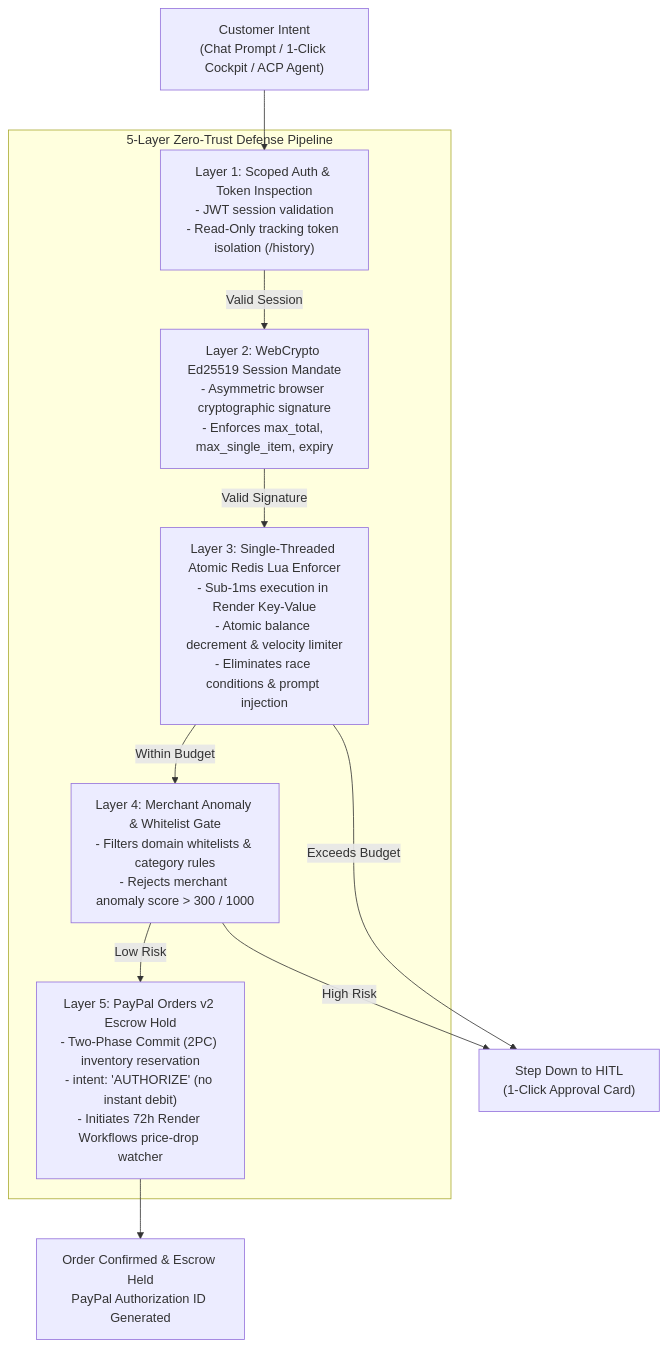
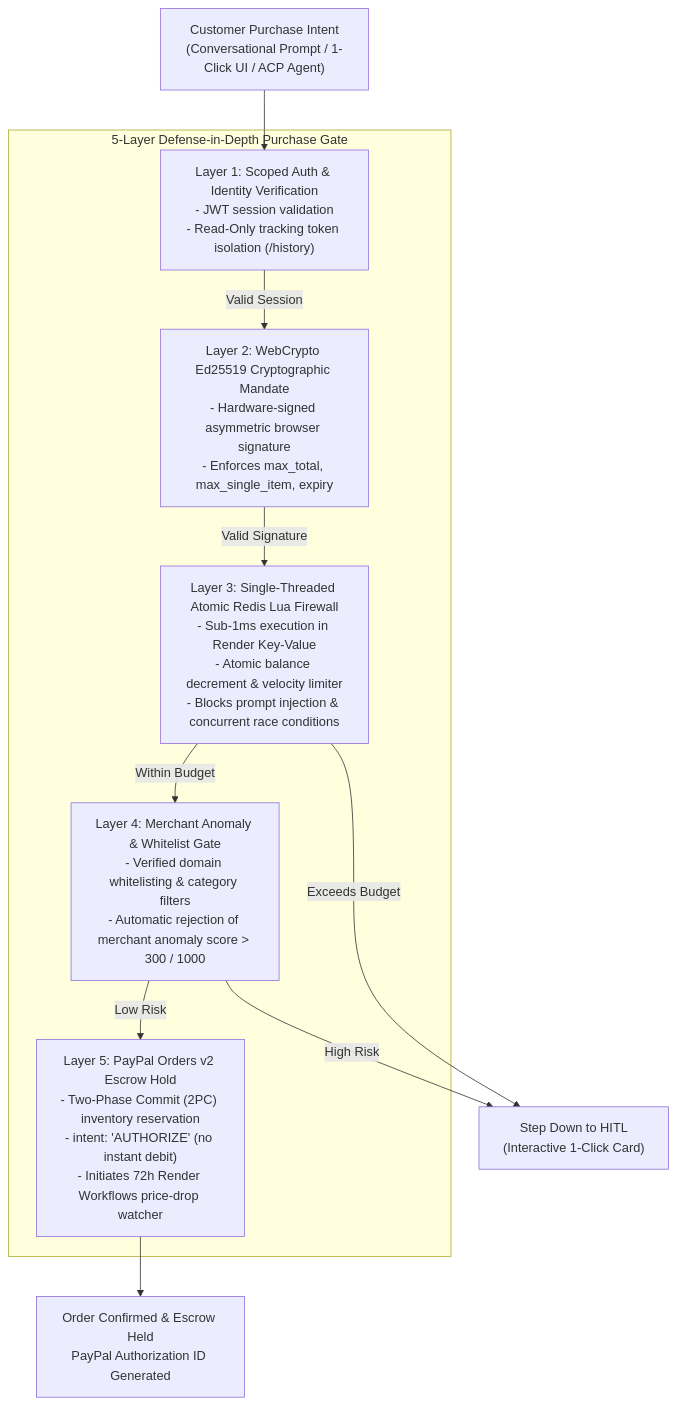
The first of 2 diagrams in README.md (vkk5880/Aegispay), drawn with Mermaid before and after one commit. The commit also changed other lines of this file, not shown here.

````diff
--- a/README.md
+++ b/README.md
@@ -72,16 +74,16 @@
 ```mermaid
 flowchart TD
-    UserPrompt["Customer Intent\n(Chat Prompt / 1-Click Cockpit / ACP Agent)"] --> L1
+    UserPrompt["Customer Purchase Intent\n(Conversational Prompt / 1-Click UI / ACP Agent)"] --> L1
 
-    subgraph DefensePipeline["5-Layer Zero-Trust Defense Pipeline"]
-        L1["Layer 1: Scoped Auth & Token Inspection\n- JWT session validation\n- Read-Only tracking token isolation (/history)"]
-        L1 -->|Valid Session| L2["Layer 2: WebCrypto Ed25519 Session Mandate\n- Asymmetric browser cryptographic signature\n- Enforces max_total, max_single_item, expiry"]
-        L2 -->|Valid Signature| L3["Layer 3: Single-Threaded Atomic Redis Lua Enforcer\n- Sub-1ms execution in Render Key-Value\n- Atomic balance decrement & velocity limiter\n- Eliminates race conditions & prompt injection"]
-        L3 -->|Within Budget| L4["Layer 4: Merchant Anomaly & Whitelist Gate\n- Filters domain whitelists & category rules\n- Rejects merchant anomaly score > 300 / 1000"]
+    subgraph DefensePipeline["5-Layer Defense-in-Depth Purchase Gate"]
+        L1["Layer 1: Scoped Auth & Identity Verification\n- JWT session validation\n- Read-Only tracking token isolation (/history)"]
+        L1 -->|Valid Session| L2["Layer 2: WebCrypto Ed25519 Cryptographic Mandate\n- Hardware-signed asymmetric browser signature\n- Enforces max_total, max_single_item, expiry"]
+        L2 -->|Valid Signature| L3["Layer 3: Single-Threaded Atomic Redis Lua Firewall\n- Sub-1ms execution in Render Key-Value\n- Atomic balance decrement & velocity limiter\n- Blocks prompt injection & concurrent race conditions"]
+        L3 -->|Within Budget| L4["Layer 4: Merchant Anomaly & Whitelist Gate\n- Verified domain whitelisting & category filters\n- Automatic rejection of merchant anomaly score > 300 / 1000"]
         L4 -->|Low Risk| L5["Layer 5: PayPal Orders v2 Escrow Hold\n- Two-Phase Commit (2PC) inventory reservation\n- intent: 'AUTHORIZE' (no instant debit)\n- Initiates 72h Render Workflows price-drop watcher"]
     end
 
-    L3 -- "Exceeds Budget" --> HITL["Step Down to HITL\n(1-Click Approval Card)"]
+    L3 -- "Exceeds Budget" --> HITL["Step Down to HITL\n(Interactive 1-Click Card)"]
     L4 -- "High Risk" --> HITL
     L5 --> Success["Order Confirmed & Escrow Held\nPayPal Authorization ID Generated"]
 ```
````
